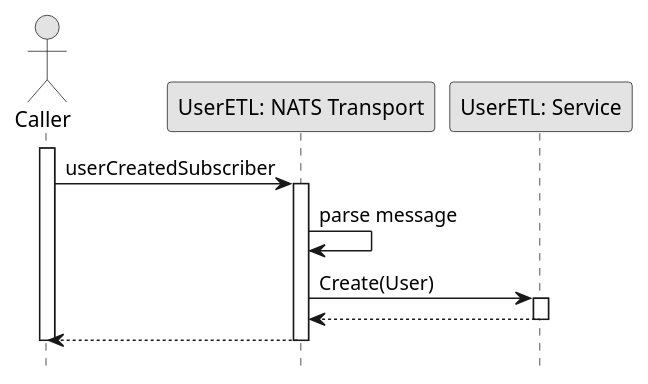
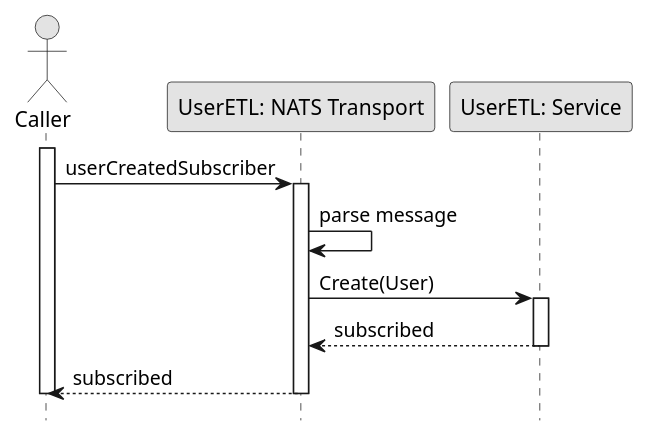
The diagram in Sequence/Release02/EVENT_SubscribeUserCreated.wsd (fwidjaya20/fazzlearning-uml), drawn with PlantUML before and after one commit. The commit also changed 26 other files, not shown here.

Commit message:
fix(sequence): adding return wording

```diff
--- a/Sequence/Release02/EVENT_SubscribeUserCreated.wsd
+++ b/Sequence/Release02/EVENT_SubscribeUserCreated.wsd
@@ -1,26 +1,26 @@
 @startuml SubscribeUserCreated
 
 skinparam ConditionStyle hline
 skinparam Monochrome true
 skinparam Shadowing false
 hide footbox
 
 actor Caller
 participant "UserETL: NATS Transport" as UserETLNATSTransport
 participant "UserETL: Service" as UserETLService
 
 activate Caller
 
 Caller->UserETLNATSTransport: userCreatedSubscriber
 activate UserETLNATSTransport
 UserETLNATSTransport->UserETLNATSTransport: parse message
 UserETLNATSTransport->UserETLService: Create(User)
 activate UserETLService
-UserETLService-->UserETLNATSTransport
+UserETLService-->UserETLNATSTransport: subscribed
 deactivate UserETLService
-UserETLNATSTransport-->Caller
+UserETLNATSTransport-->Caller: subscribed
 deactivate UserETLNATSTransport
 
 deactivate Caller
 
 @enduml
```
